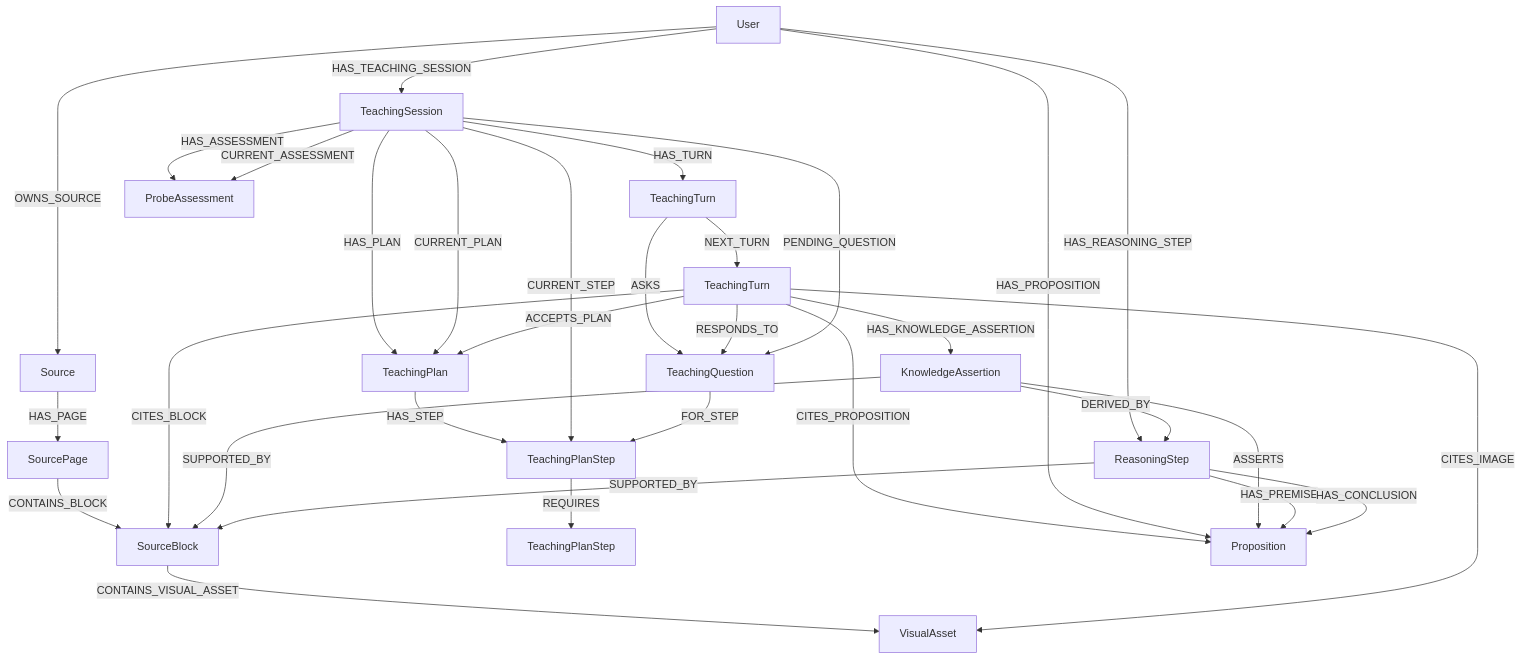
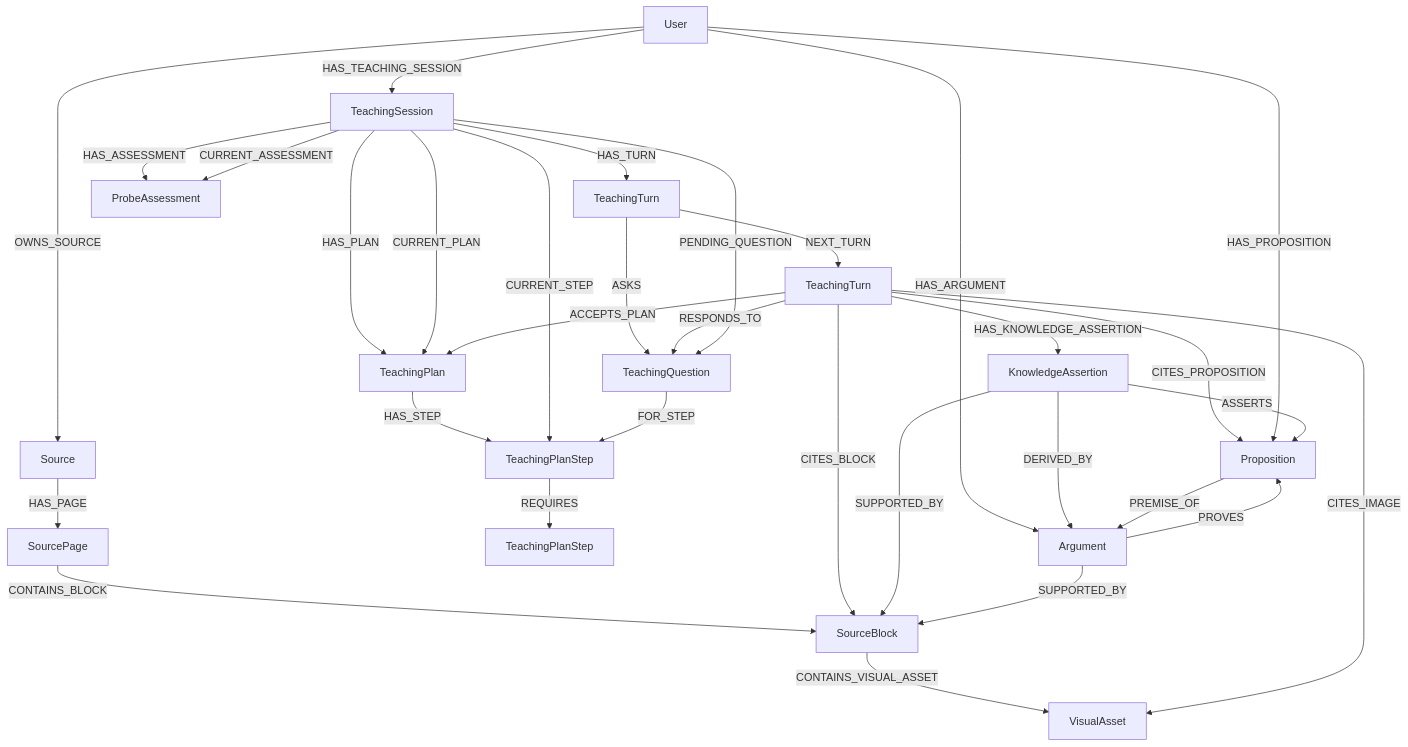
One commit to CrashHermit/kms changed the diagram in docs/TEACHING_SESSIONS.md. Above: the diagram before and after it, drawn with Mermaid. The commit also changed other lines of this file and 1056 other files, not shown here.

Commit message:
Checkpoint current KMS before teaching and source architecture reset

````diff
--- a/docs/TEACHING_SESSIONS.md
+++ b/docs/TEACHING_SESSIONS.md
@@ -204,34 +221,34 @@
 ```mermaid
 flowchart TD
     U[User] -->|OWNS_SOURCE| SO[Source]
     SO -->|HAS_PAGE| PG[SourcePage]
     PG -->|CONTAINS_BLOCK| B[SourceBlock]
     B -->|CONTAINS_VISUAL_ASSET| I[VisualAsset]
     U -->|HAS_TEACHING_SESSION| S[TeachingSession]
     S -->|HAS_TURN| T[TeachingTurn]
     T -->|NEXT_TURN| N[TeachingTurn]
     T -->|ASKS| Q[TeachingQuestion]
     N -->|RESPONDS_TO| Q
     S -->|PENDING_QUESTION| Q
     S -->|HAS_ASSESSMENT| A[ProbeAssessment]
     S -->|CURRENT_ASSESSMENT| A
     S -->|HAS_PLAN| P[TeachingPlan]
     S -->|CURRENT_PLAN| P
     P -->|HAS_STEP| PS[TeachingPlanStep]
     PS -->|REQUIRES| PR[TeachingPlanStep]
     S -->|CURRENT_STEP| PS
     Q -->|FOR_STEP| PS
     N -->|ACCEPTS_PLAN| P
     N -->|CITES_BLOCK| B
     N -->|CITES_IMAGE| I
     N -->|CITES_PROPOSITION| KP[Proposition]
     U -->|HAS_PROPOSITION| KP
-    U -->|HAS_REASONING_STEP| R[ReasoningStep]
+    U -->|HAS_ARGUMENT| R[Argument]
     N -->|HAS_KNOWLEDGE_ASSERTION| KA[KnowledgeAssertion]
     KA -->|ASSERTS| KP
     KA -->|SUPPORTED_BY| B
     KA -->|DERIVED_BY| R
-    R -->|HAS_PREMISE| KP
-    R -->|HAS_CONCLUSION| KP
+    KP -->|PREMISE_OF| R
+    R -->|PROVES| KP
     R -->|SUPPORTED_BY| B
 ```
````
